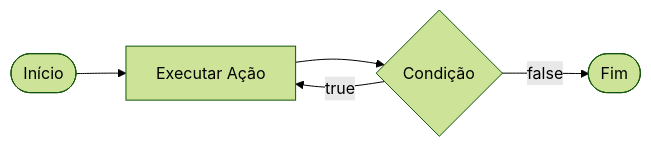
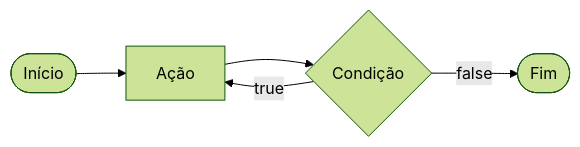
The seventh of 18 diagrams in README.md (FelipeScalfi/BackEnd), drawn with Mermaid (forest theme) before and after one commit. The commit also changed other lines of this file and 12 other files, not shown here.

````diff
--- a/README.md
+++ b/README.md
@@ -397,10 +410,10 @@
 ```mermaid
 
 flowchart LR
 
-A([Início]) --> B[Executar Ação]
-B --> C{Condição}
-C --true--> B
-C --false--> D([Fim]) 
+    A([Início]) --> B[Ação]
+    B --> C{Condição}
+    C --true--> B
+    C --false--> D([Fim])
 
 ```
````
